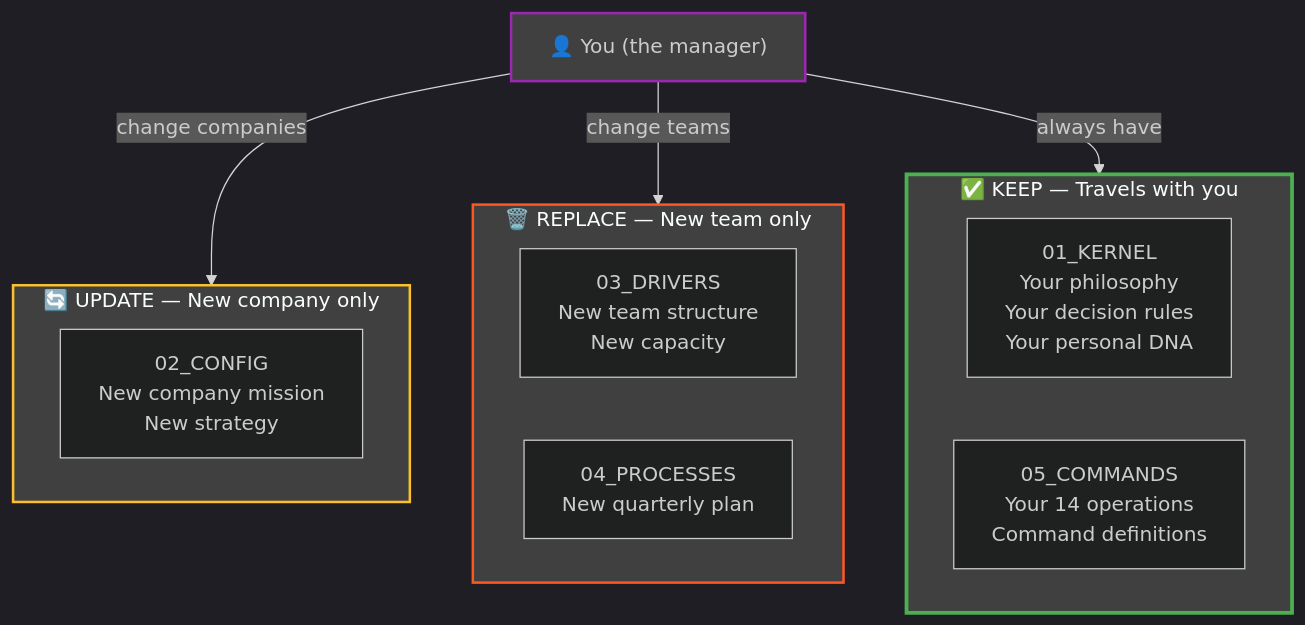
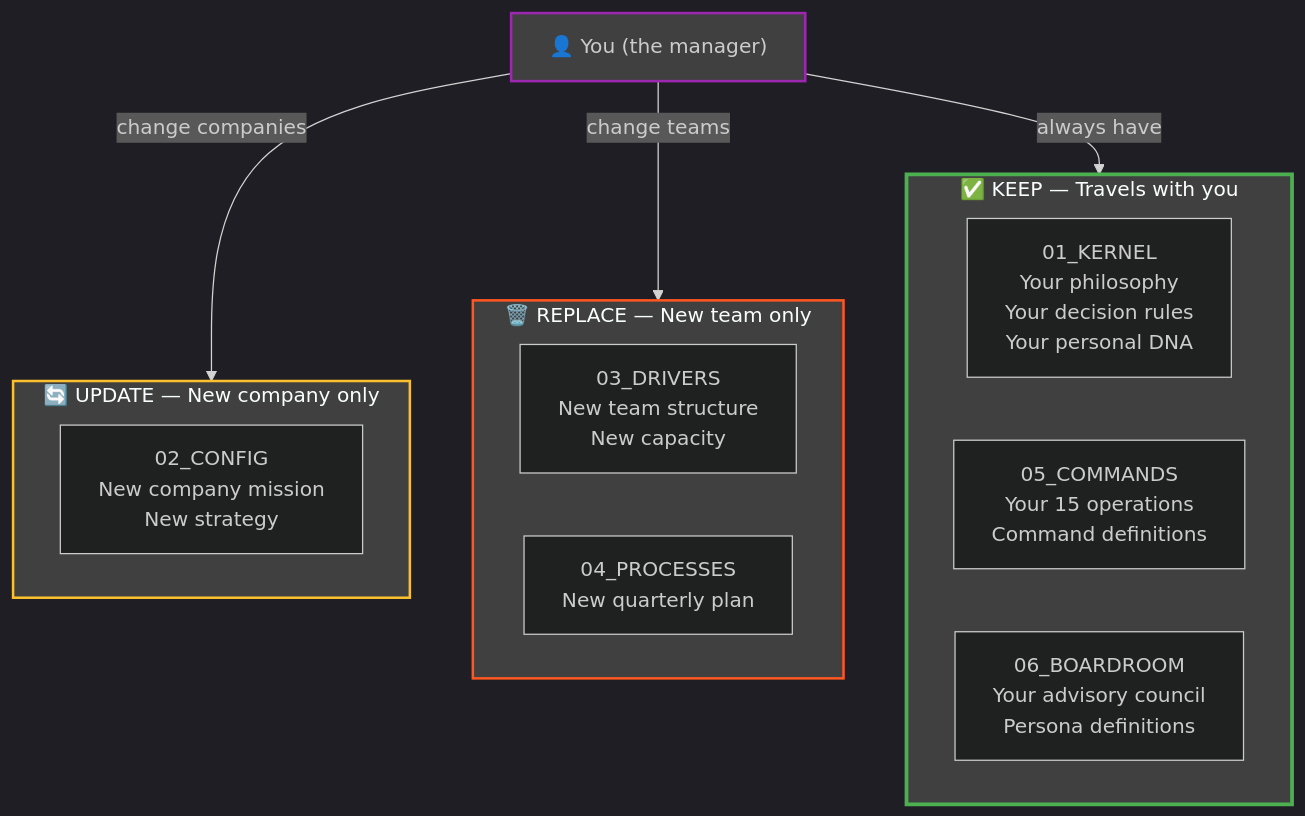
One commit to daviddgl/manager-operating-system changed the fifth of 6 diagrams in ARCHITECTURE.md. Above: the diagram before and after it, drawn with Mermaid. The commit also changed other lines of this file and 10 other files, not shown here.

First line of the commit message:
feat: add 06_BOARDROOM layer and boardroom command (#3)

````diff
--- a/ARCHITECTURE.md
+++ b/ARCHITECTURE.md
@@ -233,28 +246,29 @@
 ```mermaid
 %%{init: {'theme':'dark'}}%%
 graph TD
     YOU["👤 You (the manager)"]
     
     subgraph Keep["✅ KEEP — Travels with you"]
         K["01_KERNEL<br/>Your philosophy<br/>Your decision rules<br/>Your personal DNA"]
-        C["05_COMMANDS<br/>Your 14 operations<br/>Command definitions"]
+        C["05_COMMANDS<br/>Your 15 operations<br/>Command definitions"]
+        B["06_BOARDROOM<br/>Your advisory council<br/>Persona definitions"]
     end
     
     subgraph Update["🔄 UPDATE — New company only"]
         UC["02_CONFIG<br/>New company mission<br/>New strategy"]
     end
     
     subgraph Replace["🗑️ REPLACE — New team only"]
         R1["03_DRIVERS<br/>New team structure<br/>New capacity"]
         R2["04_PROCESSES<br/>New quarterly plan"]
     end
     
     YOU -->|change companies| Update
     YOU -->|change teams| Replace
     YOU -->|always have| Keep
     
     style Keep fill:#404040,stroke:#4caf50,stroke-width:3px
     style Update fill:#404040,stroke:#fbc02d,stroke-width:2px
     style Replace fill:#404040,stroke:#ff5722,stroke-width:2px
     style YOU fill:#404040,stroke:#9c27b0,stroke-width:2px
 ```
````
